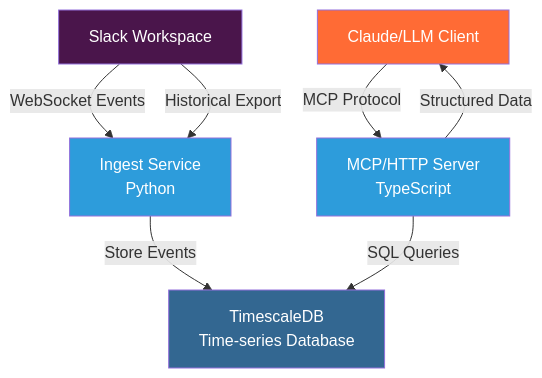
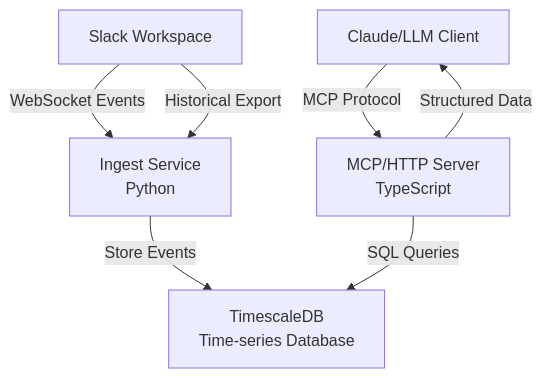
One commit to timescale/tiger-slack changed the diagram in README.md. Above: the diagram before and after it, drawn with Mermaid.

Commit message:
chore: mermaid styling

````diff
--- a/README.md
+++ b/README.md
@@ -20,32 +20,21 @@
 ```mermaid
 graph TB
     %% External Systems
     S[Slack Workspace]
     C[Claude/LLM Client]
     
     %% Core Components  
     I[Ingest Service<br/>Python]
     D[TimescaleDB<br/>Time-series Database]
     M[MCP/HTTP Server<br/>TypeScript]
     
     %% Data Flow - Ingestion
     S -->|WebSocket Events| I
     S -->|Historical Export| I
     I -->|Store Events| D
     
     %% Data Flow - Analysis
     C -->|MCP Protocol| M
     M -->|SQL Queries| D
     M -->|Structured Data| C
-    
-    %% Styling
-    classDef slack fill:#4A154B,color:#fff
-    classDef ai fill:#FF6B35,color:#fff  
-    classDef data fill:#336791,color:#fff
-    classDef service fill:#2D9CDB,color:#fff
-    
-    class S slack
-    class C ai
-    class D data
-    class I,M service
 ```
````
